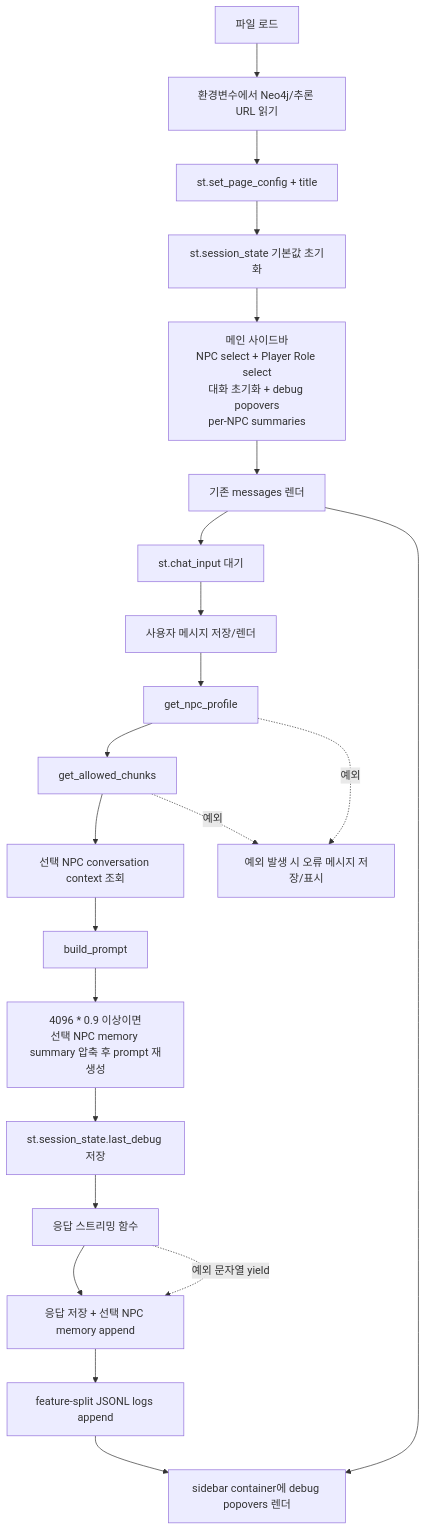
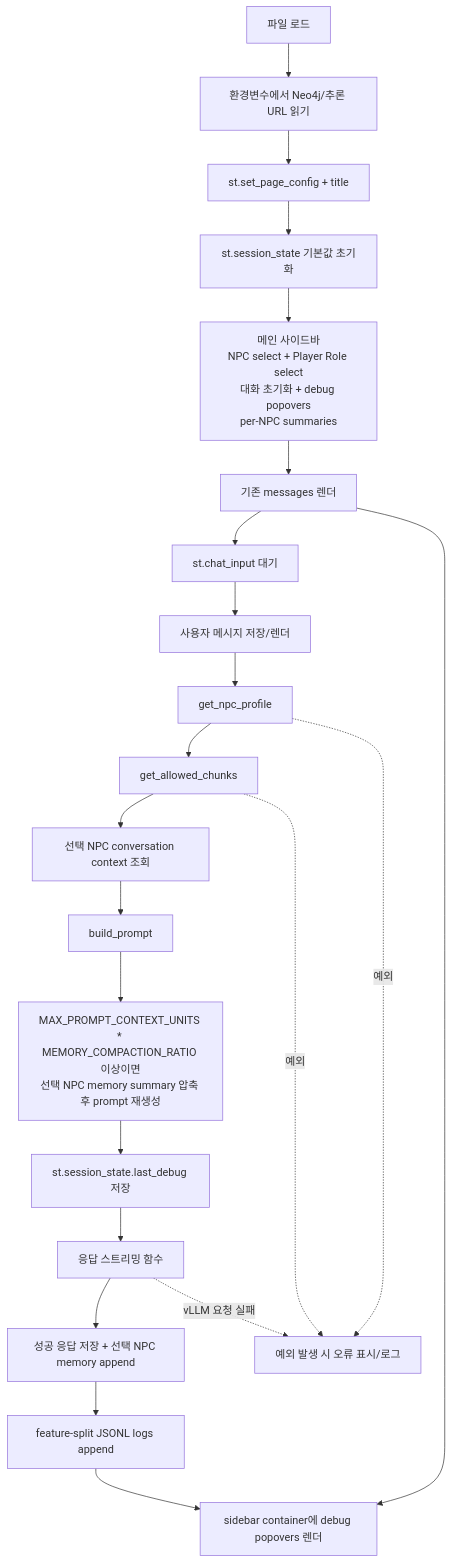
One commit to HRDI0/npc_persona changed the tenth of 21 diagrams in docs/system_architecture.md. Above: the diagram before and after it, drawn with Mermaid. The commit also changed other lines of this file and 31 other files, not shown here.

````diff
--- a/docs/system_architecture.md
+++ b/docs/system_architecture.md
@@ -493,30 +493,30 @@
 ```mermaid
 flowchart TD
     Start[파일 로드]
     Config[환경변수에서 Neo4j/추론 URL 읽기]
     Page[st.set_page_config + title]
     InitState[st.session_state 기본값 초기화]
     Sidebar[메인 사이드바\nNPC select + Player Role select\n대화 초기화 + debug popovers\nper-NPC summaries]
     History[기존 messages 렌더]
     Input[st.chat_input 대기]
     AppendUser[사용자 메시지 저장/렌더]
     Profile[get_npc_profile]
     Chunks[get_allowed_chunks]
     Memory[선택 NPC conversation context 조회]
     Prompt[build_prompt]
-    Compact[4096 * 0.9 이상이면\n선택 NPC memory summary 압축 후 prompt 재생성]
+    Compact[MAX_PROMPT_CONTEXT_UNITS * MEMORY_COMPACTION_RATIO 이상이면\n선택 NPC memory summary 압축 후 prompt 재생성]
     SaveDebug[st.session_state.last_debug 저장]
     Stream[응답 스트리밍 함수]
-    AppendAssistant[응답 저장 + 선택 NPC memory append]
+    AppendAssistant[성공 응답 저장 + 선택 NPC memory append]
     Log[feature-split JSONL logs append]
     DebugRender[sidebar container에 debug popovers 렌더]
-    Error[예외 발생 시 오류 메시지 저장/표시]
+    Error[예외 발생 시 오류 표시/로그]
 
     Start --> Config --> Page --> InitState --> Sidebar --> History --> Input
     Input --> AppendUser --> Profile --> Chunks --> Memory --> Prompt --> Compact --> SaveDebug --> Stream --> AppendAssistant --> Log
     Log --> DebugRender
     History --> DebugRender
     Profile -.예외.-> Error
     Chunks -.예외.-> Error
-    Stream -.예외 문자열 yield.-> AppendAssistant
+    Stream -.vLLM 요청 실패.-> Error
 ```
````
